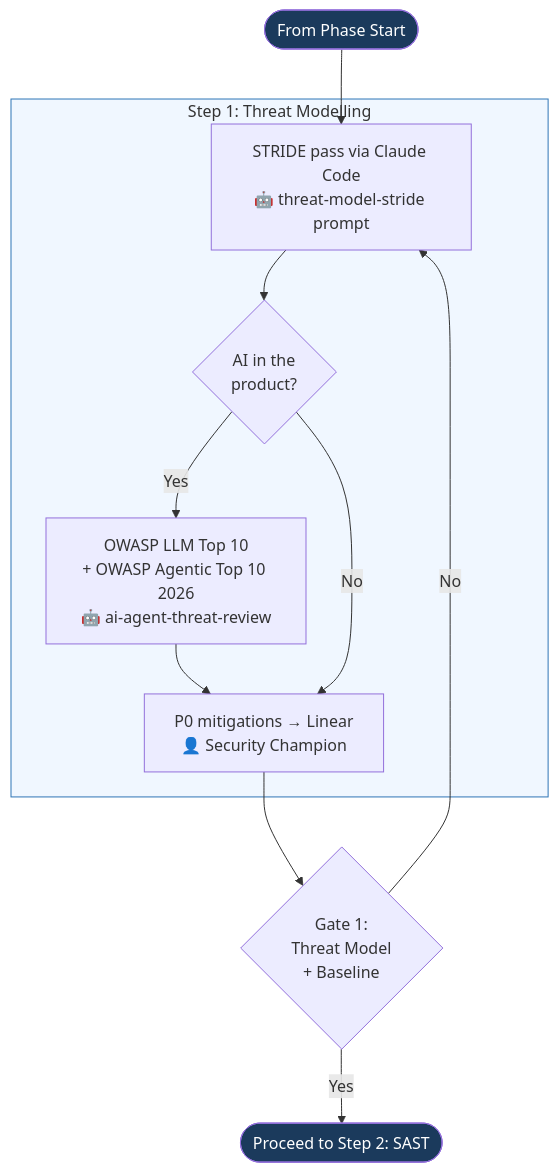
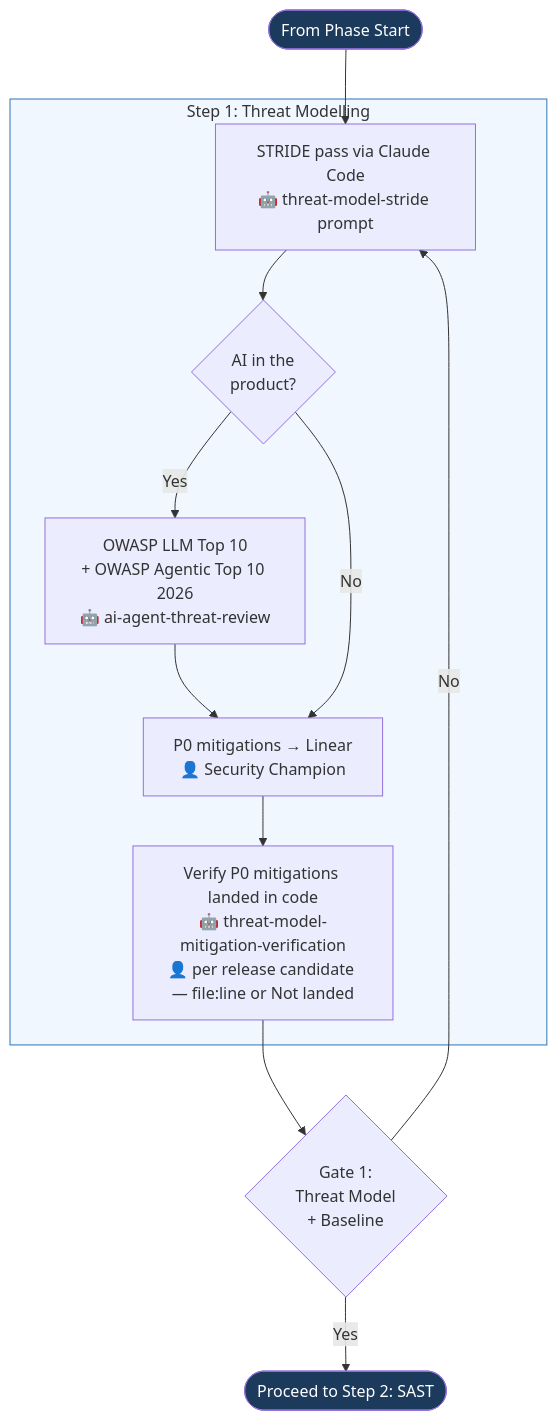
Before and after one commit to kalpat-allion/ai-dlc: the third of 9 diagrams in aidlc-phases/05-security/FLOWCHART.md, drawn with Mermaid. The commit also changed other lines of this file and 39 other files, not shown here.

````diff
--- a/aidlc-phases/05-security/FLOWCHART.md
+++ b/aidlc-phases/05-security/FLOWCHART.md
@@ -138,20 +130,21 @@
 ```mermaid
 flowchart TD
     ENTRY([From Phase Start]) --> THREAT
 
     subgraph THREAT_STEP["Step 1: Threat Modelling"]
         THREAT[STRIDE pass via Claude Code<br/>🤖 threat-model-stride prompt] --> AI_THREAT
         AI_THREAT{AI in the<br/>product?}
         AI_THREAT -- Yes --> OWASP_AGENT[OWASP LLM Top 10<br/>+ OWASP Agentic Top 10 2026<br/>🤖 ai-agent-threat-review] --> P0_TICKET
         AI_THREAT -- No --> P0_TICKET
-        P0_TICKET[P0 mitigations → Linear<br/>👤 Security Champion]
+        P0_TICKET[P0 mitigations → Linear<br/>👤 Security Champion] --> MITIG_VERIFY
+        MITIG_VERIFY["Verify P0 mitigations landed in code<br/>🤖 threat-model-mitigation-verification<br/>👤 per release candidate — file:line or Not landed"]
     end
 
-    P0_TICKET --> GATE1{Gate 1:<br/>Threat Model<br/>+ Baseline}
+    MITIG_VERIFY --> GATE1{Gate 1:<br/>Threat Model<br/>+ Baseline}
     GATE1 -- No --> THREAT
     GATE1 -- Yes --> NEXT([Proceed to Step 2: SAST])
 
     style ENTRY fill:#1B3A5C,color:#fff
     style NEXT fill:#1B3A5C,color:#fff
     style THREAT_STEP fill:#f0f7ff,stroke:#2E75B6
 ```
````
